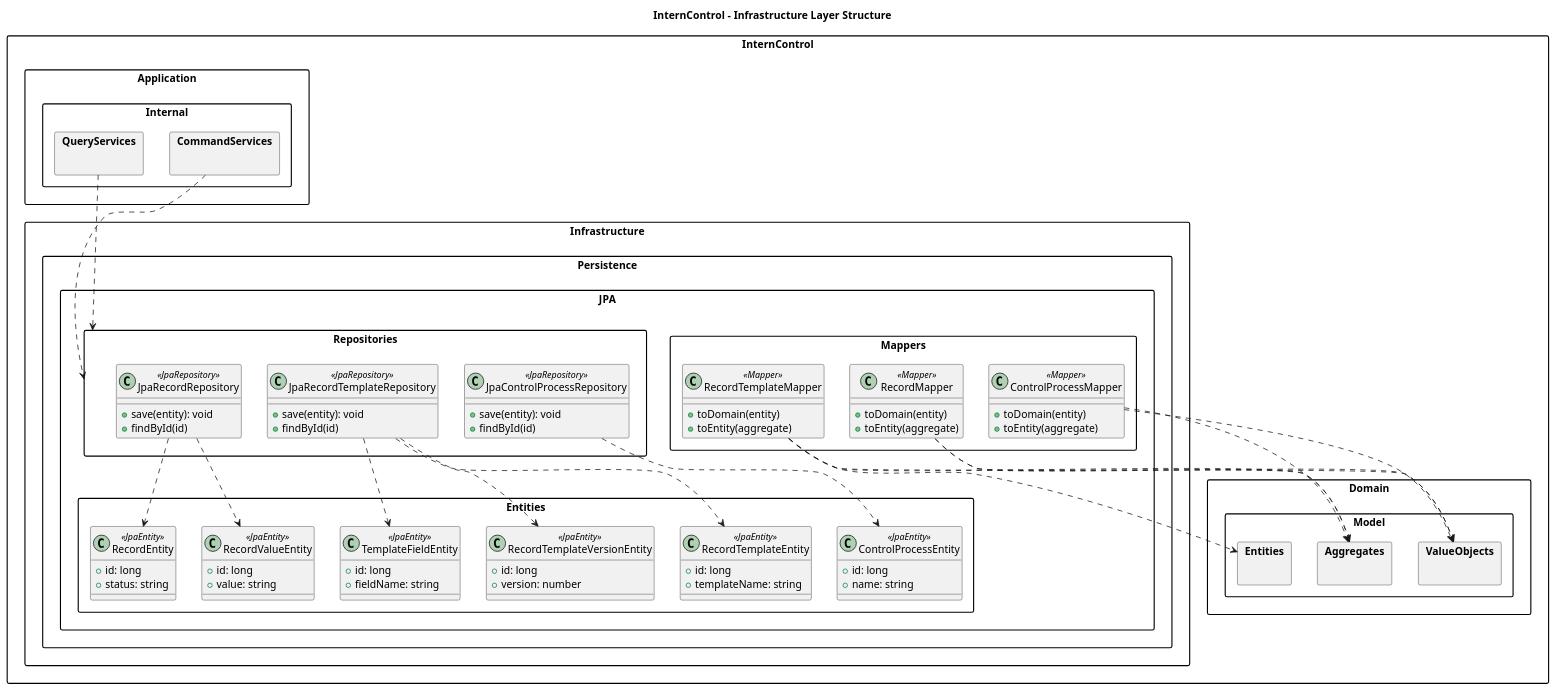
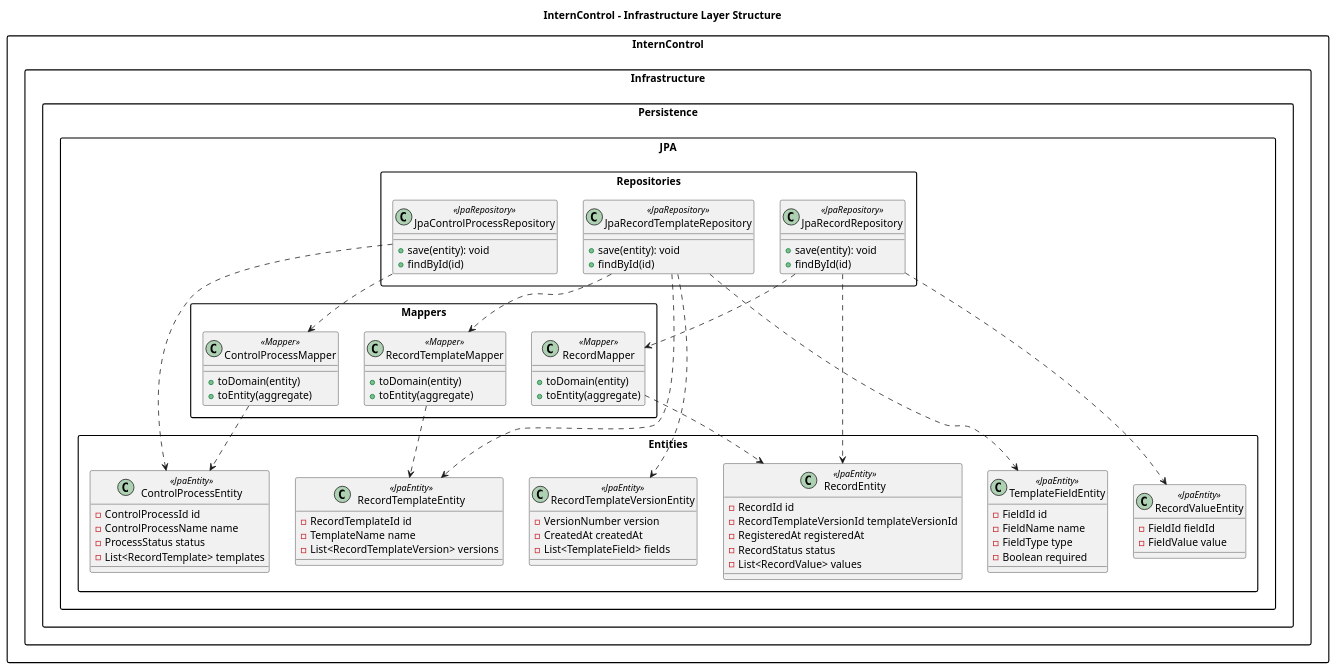
One commit to Soulware-IoT/report changed the diagram in img/capitulo_4/tactical_ddd/intern_control/intern_control_infrastructure.puml. Above: the diagram before and after it, drawn with PlantUML. The commit also changed 8 other files, not shown here.

```diff
--- a/img/capitulo_4/tactical_ddd/intern_control/intern_control_infrastructure.puml
+++ b/img/capitulo_4/tactical_ddd/intern_control/intern_control_infrastructure.puml
@@ -1,98 +1,90 @@
 @startuml
 skinparam packageStyle rectangle
 
 title InternControl - Infrastructure Layer Structure
 
 package "InternControl" {
     package "Infrastructure.Persistence" {
         package "JPA" {
             package "Entities" {
                 class ControlProcessEntity <<JpaEntity>> {
-                    +id: long
-                    +name: string
+                    -ControlProcessId id
+                    -ControlProcessName name
+                    -ProcessStatus status
+                    -List<RecordTemplate> templates
                 }
                 class RecordTemplateEntity <<JpaEntity>> {
-                    +id: long
-                    +templateName: string
+                    -RecordTemplateId id
+                    -TemplateName name
+                    -List<RecordTemplateVersion> versions
                 }
                 class RecordTemplateVersionEntity <<JpaEntity>> {
-                    +id: long
-                    +version: number
+                    -VersionNumber version
+                    -CreatedAt createdAt
+                    -List<TemplateField> fields
                 }
                 class TemplateFieldEntity <<JpaEntity>> {
-                    +id: long
-                    +fieldName: string
+                    -FieldId id
+                    -FieldName name
+                    -FieldType type
+                    -Boolean required
                 }
                 class RecordEntity <<JpaEntity>> {
-                    +id: long
-                    +status: string
+                    -RecordId id
+                    -RecordTemplateVersionId templateVersionId
+                    -RegisteredAt registeredAt
+                    -RecordStatus status
+                    -List<RecordValue> values
                 }
                 class RecordValueEntity <<JpaEntity>> {
-                    +id: long
-                    +value: string
+                    -FieldId fieldId
+                    -FieldValue value
                 }
             }
             package "Mappers" {
                 class ControlProcessMapper <<Mapper>> {
                     +toDomain(entity)
                     +toEntity(aggregate)
                 }
                 class RecordTemplateMapper <<Mapper>> {
                     +toDomain(entity)
                     +toEntity(aggregate)
                 }
                 class RecordMapper <<Mapper>> {
                     +toDomain(entity)
                     +toEntity(aggregate)
                 }
             }
             package "Repositories" {
                 class JpaControlProcessRepository <<JpaRepository>> {
                     +save(entity): void
                     +findById(id)
                 }
                 class JpaRecordTemplateRepository <<JpaRepository>> {
                     +save(entity): void
                     +findById(id)
                 }
                 class JpaRecordRepository <<JpaRepository>> {
                     +save(entity): void
                     +findById(id)
                 }
             }
         }
     }
-
-    package "Domain" {
-        package "Model" {
-            package "Aggregates" {}
-            package "Entities" {}
-            package "ValueObjects" {}
-        }
-    }
-
-    package "Application.Internal" {
-        package "CommandServices" {}
-        package "QueryServices" {}
-    }
 }
 
 ' === RELACIONES DE INFRASTRUCTURE: InternControl ===
 InternControl.Infrastructure.Persistence.JPA.Repositories.JpaControlProcessRepository ..> InternControl.Infrastructure.Persistence.JPA.Entities.ControlProcessEntity
 InternControl.Infrastructure.Persistence.JPA.Repositories.JpaRecordTemplateRepository ..> InternControl.Infrastructure.Persistence.JPA.Entities.RecordTemplateEntity
 InternControl.Infrastructure.Persistence.JPA.Repositories.JpaRecordTemplateRepository ..> InternControl.Infrastructure.Persistence.JPA.Entities.RecordTemplateVersionEntity
 InternControl.Infrastructure.Persistence.JPA.Repositories.JpaRecordTemplateRepository ..> InternControl.Infrastructure.Persistence.JPA.Entities.TemplateFieldEntity
 InternControl.Infrastructure.Persistence.JPA.Repositories.JpaRecordRepository ..> InternControl.Infrastructure.Persistence.JPA.Entities.RecordEntity
 InternControl.Infrastructure.Persistence.JPA.Repositories.JpaRecordRepository ..> InternControl.Infrastructure.Persistence.JPA.Entities.RecordValueEntity
 
-InternControl.Infrastructure.Persistence.JPA.Mappers.ControlProcessMapper ..> InternControl.Domain.Model.Aggregates
-InternControl.Infrastructure.Persistence.JPA.Mappers.RecordTemplateMapper ..> InternControl.Domain.Model.Aggregates
-InternControl.Infrastructure.Persistence.JPA.Mappers.RecordMapper ..> InternControl.Domain.Model.Aggregates
-InternControl.Infrastructure.Persistence.JPA.Mappers.RecordTemplateMapper ..> InternControl.Domain.Model.Entities
-InternControl.Infrastructure.Persistence.JPA.Mappers.ControlProcessMapper ..> InternControl.Domain.Model.ValueObjects
-InternControl.Infrastructure.Persistence.JPA.Mappers.RecordTemplateMapper ..> InternControl.Domain.Model.ValueObjects
-InternControl.Infrastructure.Persistence.JPA.Mappers.RecordMapper ..> InternControl.Domain.Model.ValueObjects
-
-InternControl.Application.Internal.CommandServices ..> InternControl.Infrastructure.Persistence.JPA.Repositories
-InternControl.Application.Internal.QueryServices ..> InternControl.Infrastructure.Persistence.JPA.Repositories
+InternControl.Infrastructure.Persistence.JPA.Mappers.ControlProcessMapper ..> InternControl.Infrastructure.Persistence.JPA.Entities.ControlProcessEntity
+InternControl.Infrastructure.Persistence.JPA.Mappers.RecordTemplateMapper ..> InternControl.Infrastructure.Persistence.JPA.Entities.RecordTemplateEntity
+InternControl.Infrastructure.Persistence.JPA.Mappers.RecordMapper ..> InternControl.Infrastructure.Persistence.JPA.Entities.RecordEntity
+InternControl.Infrastructure.Persistence.JPA.Repositories.JpaControlProcessRepository ..> InternControl.Infrastructure.Persistence.JPA.Mappers.ControlProcessMapper
+InternControl.Infrastructure.Persistence.JPA.Repositories.JpaRecordTemplateRepository ..> InternControl.Infrastructure.Persistence.JPA.Mappers.RecordTemplateMapper
+InternControl.Infrastructure.Persistence.JPA.Repositories.JpaRecordRepository ..> InternControl.Infrastructure.Persistence.JPA.Mappers.RecordMapper
 @enduml
```
